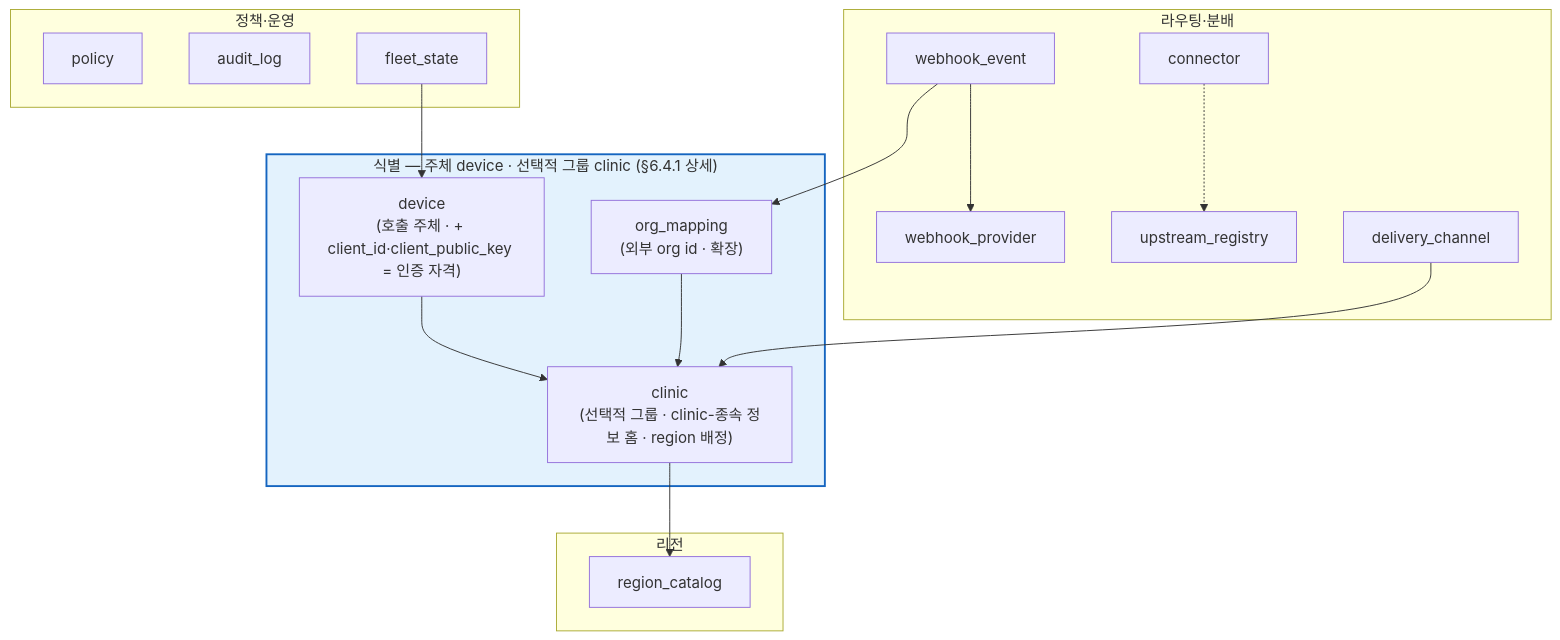
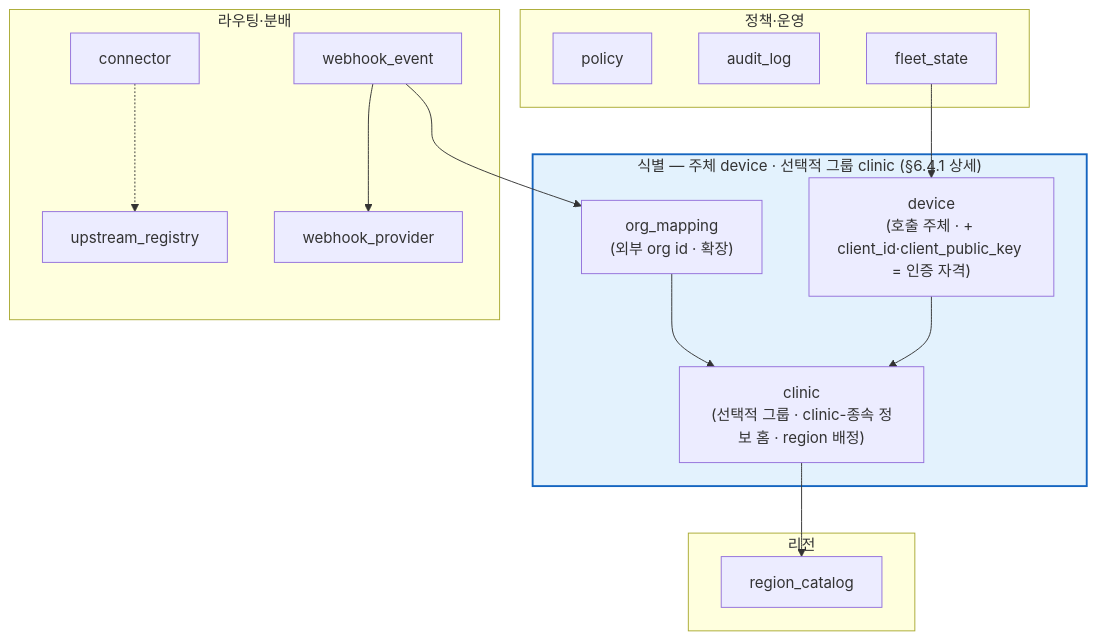
One commit to gracegyu/scp-architecture changed diagram 18 of 18 in docs/VT_API_Gateway/08.VT_API_Gateway/specs/03-srs-gateway/SRS.md. Above: the diagram before and after it, drawn with Mermaid. The commit also changed other lines of this file and 2 other files, not shown here.

Commit message:
문서 업데이트: VT API Gateway의 API 명세에서 문서 버전을 v0.5로 업데이트하고, DeliveryChannel 데이터 모델을 삭제하여 클리닉 edge 및 MQTT 토픽 규약에 따른 분배 방식을 명확히 하였습니다. 또한, SRS 문서에 데이터 레코드 생성 시점에 대한 정보를 추가하여 각 테이블의 생성 주체 및 트리거를 명확히 하였습니다. 이를 통해 시스템 아키텍처의 일관성을 강화하고 데이터 흐름의 이해도를 높였습니다.

````diff
--- a/docs/VT_API_Gateway/08.VT_API_Gateway/specs/03-srs-gateway/SRS.md
+++ b/docs/VT_API_Gateway/08.VT_API_Gateway/specs/03-srs-gateway/SRS.md
@@ -1294,33 +1340,31 @@
 ```mermaid
 flowchart TB
     subgraph ID["식별 — 주체 device · 선택적 그룹 clinic (§6.4.1 상세)"]
         DEV["device<br/>(호출 주체 · + client_id·client_public_key = 인증 자격)"]
         CLI["clinic<br/>(선택적 그룹 · clinic-종속 정보 홈 · region 배정)"]
         ORG["org_mapping<br/>(외부 org id · 확장)"]
     end
     subgraph RGN["리전"]
         RC[region_catalog]
     end
     subgraph DISP["라우팅·분배"]
         UPS[upstream_registry]
         WP[webhook_provider]
         WE[webhook_event]
-        DC[delivery_channel]
         CONN[connector]
     end
     subgraph OPS["정책·운영"]
         POL[policy]
         AUD[audit_log]
         FLEET[fleet_state]
     end
 
     DEV --> CLI
     ORG --> CLI
     CLI --> RC
-    DC --> CLI
     WE --> ORG
     WE --> WP
     FLEET --> DEV
     CONN -.-> UPS
     style ID fill:#e3f2fd,stroke:#1565c0,stroke-width:2px
 ```
````
